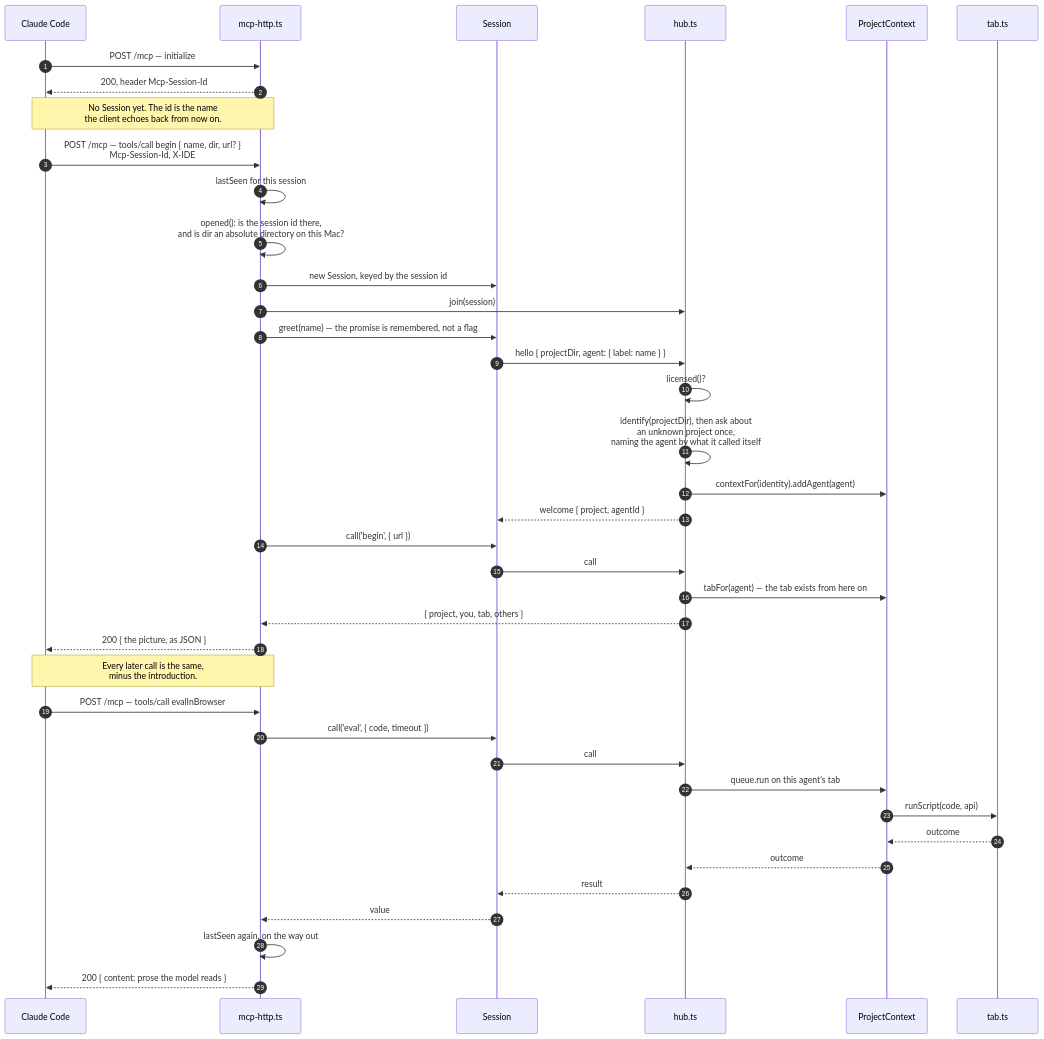
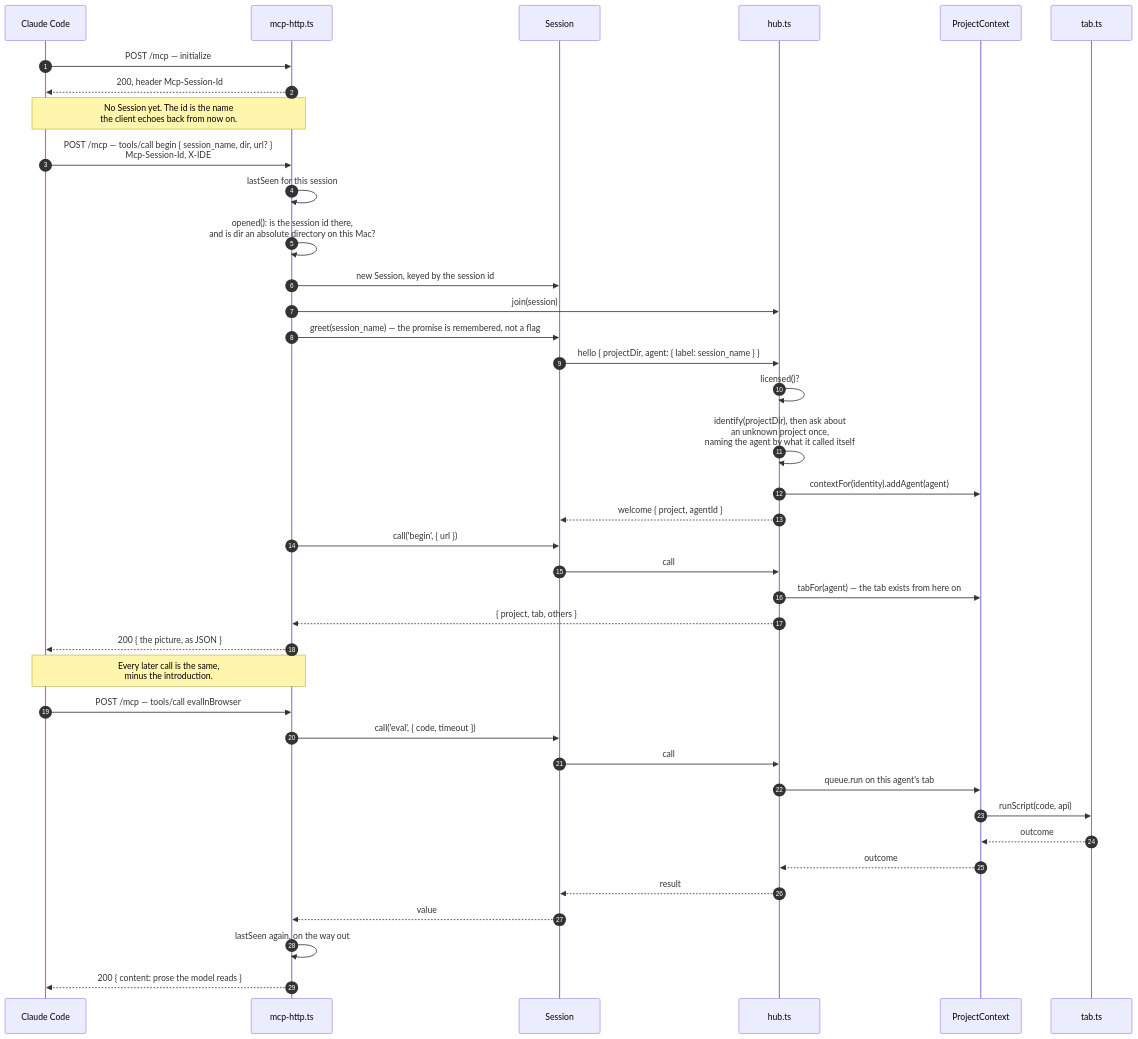
The first of 4 diagrams in documents/how-a-session-works.md (korchasa/naoba-agent-browser), drawn with Mermaid before and after one commit. The commit also changed other lines of this file and 6 other files, not shown here.

First line of the commit message:
refactor: an agent is a session, and names itself as one

````diff
--- a/documents/how-a-session-works.md
+++ b/documents/how-a-session-works.md
@@ -15,45 +15,45 @@
 ```mermaid
 sequenceDiagram
     autonumber
     participant IDE as Claude Code
     participant HTTP as mcp-http.ts
     participant S as Session
     participant Hub as hub.ts
     participant Ctx as ProjectContext
     participant Tab as tab.ts
 
     IDE->>HTTP: POST /mcp — initialize
     HTTP-->>IDE: 200, header Mcp-Session-Id
     Note over IDE,HTTP: No Session yet. The id is the name<br/>the client echoes back from now on.
 
-    IDE->>HTTP: POST /mcp — tools/call begin { name, dir, url? }<br/>Mcp-Session-Id, X-IDE
+    IDE->>HTTP: POST /mcp — tools/call begin { session_name, dir, url? }<br/>Mcp-Session-Id, X-IDE
     HTTP->>HTTP: lastSeen for this session
     HTTP->>HTTP: opened(): is the session id there,<br/>and is dir an absolute directory on this Mac?
     HTTP->>S: new Session, keyed by the session id
     HTTP->>Hub: join(session)
-    HTTP->>S: greet(name) — the promise is remembered, not a flag
-    S->>Hub: hello { projectDir, agent: { label: name } }
+    HTTP->>S: greet(session_name) — the promise is remembered, not a flag
+    S->>Hub: hello { projectDir, agent: { label: session_name } }
     Hub->>Hub: licensed()?
     Hub->>Hub: identify(projectDir), then ask about<br/>an unknown project once,<br/>naming the agent by what it called itself
     Hub->>Ctx: contextFor(identity).addAgent(agent)
     Hub-->>S: welcome { project, agentId }
     HTTP->>S: call('begin', { url })
     S->>Hub: call
     Hub->>Ctx: tabFor(agent) — the tab exists from here on
-    Hub-->>HTTP: { project, you, tab, others }
+    Hub-->>HTTP: { project, tab, others }
     HTTP-->>IDE: 200 { the picture, as JSON }
 
     Note over IDE,HTTP: Every later call is the same,<br/>minus the introduction.
 
     IDE->>HTTP: POST /mcp — tools/call evalInBrowser
     HTTP->>S: call('eval', { code, timeout })
     S->>Hub: call
     Hub->>Ctx: queue.run on this agent's tab
     Ctx->>Tab: runScript(code, api)
     Tab-->>Ctx: outcome
     Ctx-->>Hub: outcome
     Hub-->>S: result
     S-->>HTTP: value
     HTTP->>HTTP: lastSeen again, on the way out
     HTTP-->>IDE: 200 { content: prose the model reads }
 ```
````
